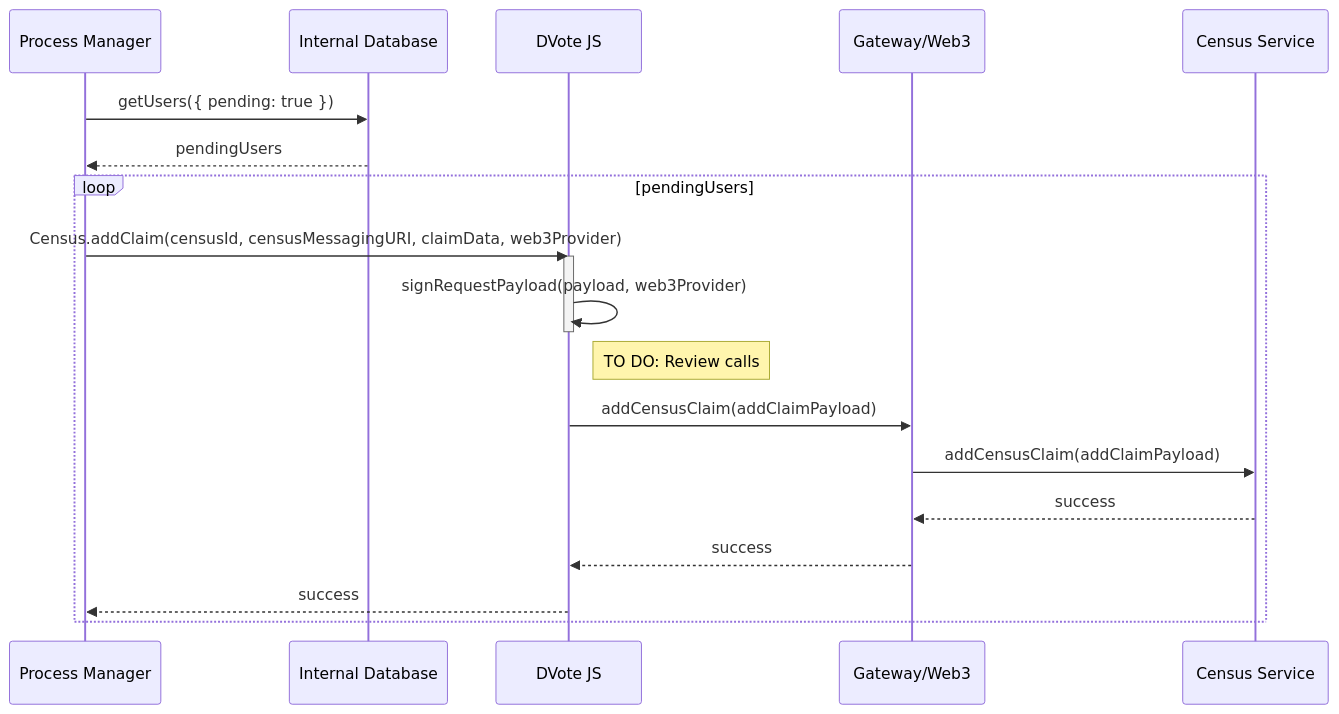
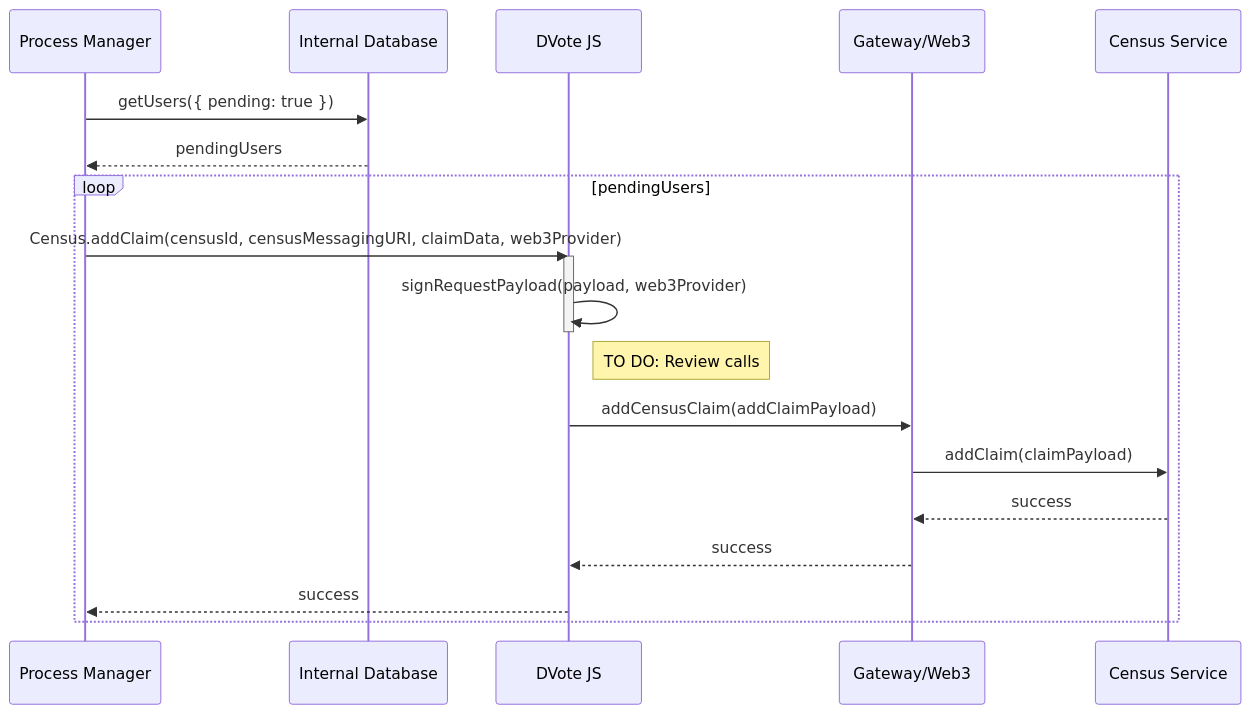
The fifth of 14 diagrams in docs/protocol/sequence-diagrams.md (vocdoni/docs), drawn with Mermaid before and after one commit. The commit also changed other lines of this file, not shown here.

Commit message:
Seq diagrams WIP

````diff
--- a/docs/protocol/sequence-diagrams.md
+++ b/docs/protocol/sequence-diagrams.md
@@ -221,27 +221,27 @@
 ```mermaid
 sequenceDiagram
     participant PM as Process Manager
     participant DB as Internal Database
     participant DV as DVote JS
     participant GW as Gateway/Web3
     participant CS as Census Service
 
     PM->>DB: getUsers({ pending: true })
     DB-->>PM: pendingUsers
 
 
     loop pendingUsers
         PM->>DV: Census.addClaim(censusId, censusMessagingURI, claimData, web3Provider)
             activate DV
                 DV->>DV: signRequestPayload(payload, web3Provider)
             deactivate DV
 
             Note right of DV: TO DO: Review calls
 
             DV->>GW: addCensusClaim(addClaimPayload)
-                GW->>CS: addCensusClaim(addClaimPayload)
+                GW->>CS: addClaim(claimPayload)
                 CS-->>GW: success
             GW-->>DV: success
         DV-->>PM: success
     end
 ```
````
